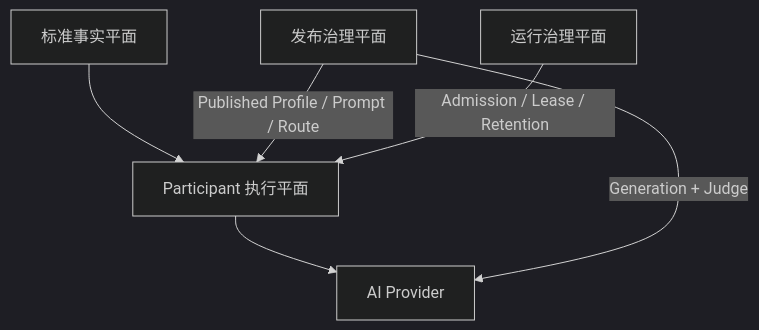
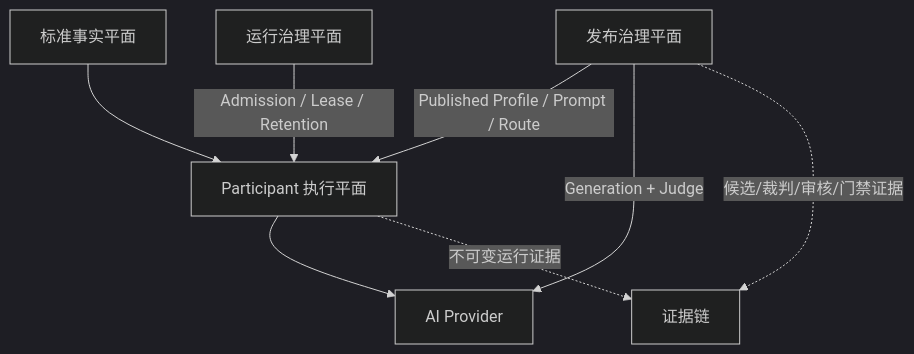
One commit to FangcunMount/qs-server changed the second of 3 diagrams in docs/02-业务模块/40-interpretation/25-核心设计-AI解读.md. Above: the diagram before and after it, drawn with Mermaid (dark theme). The commit also changed other lines of this file and 13 other files, not shown here.

First line of the commit message:
feat(ai-explanation): introduce new governance policies and schemas for evaluation execution, release gates, and failure taxonomy

````diff
--- a/docs/02-业务模块/40-interpretation/25-核心设计-AI解读.md
+++ b/docs/02-业务模块/40-interpretation/25-核心设计-AI解读.md
@@ -216,14 +238,16 @@
 ```mermaid
 flowchart TB
     Truth[标准事实平面]
     Participant[Participant 执行平面]
     Release[发布治理平面]
     Ops[运行治理平面]
     Provider[AI Provider]
 
     Truth --> Participant
     Release -->|Published Profile / Prompt / Route| Participant
     Ops -->|Admission / Lease / Retention| Participant
     Participant --> Provider
     Release -->|Generation + Judge| Provider
+    Participant -.不可变运行证据.-> Evidence[证据链]
+    Release -.候选/裁判/审核/门禁证据.-> Evidence
 ```
````
